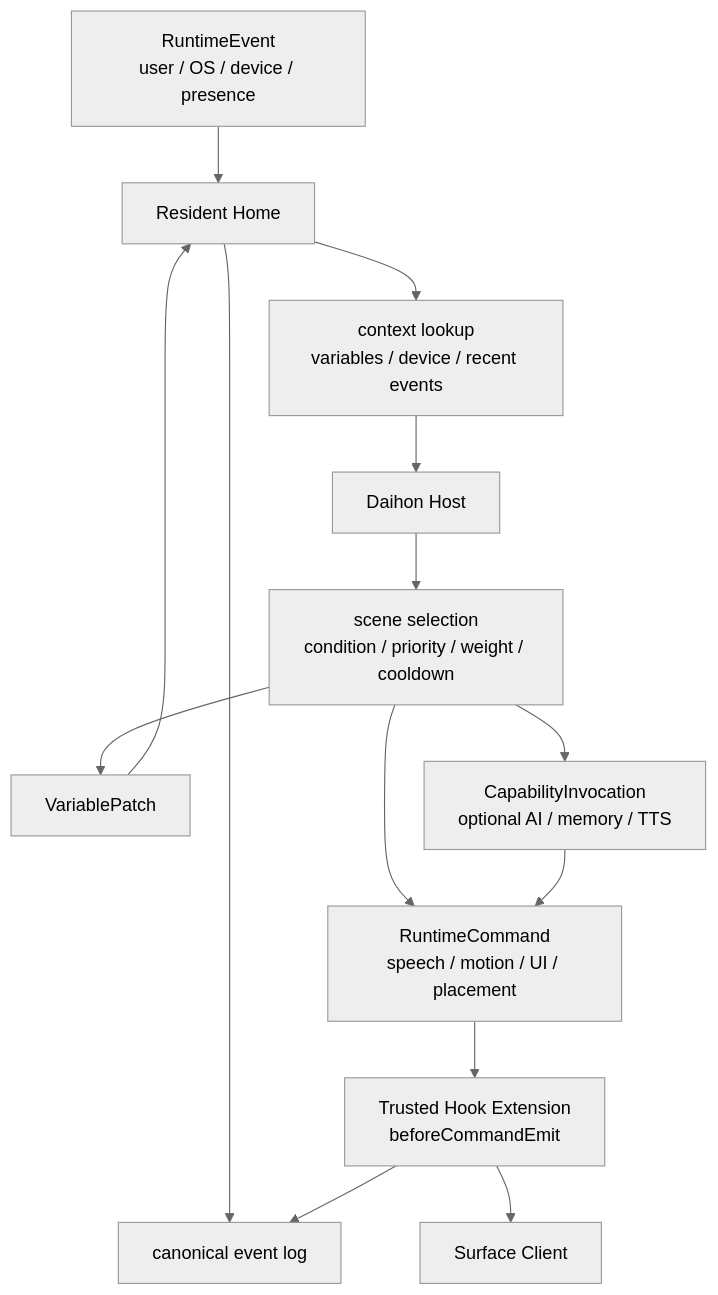
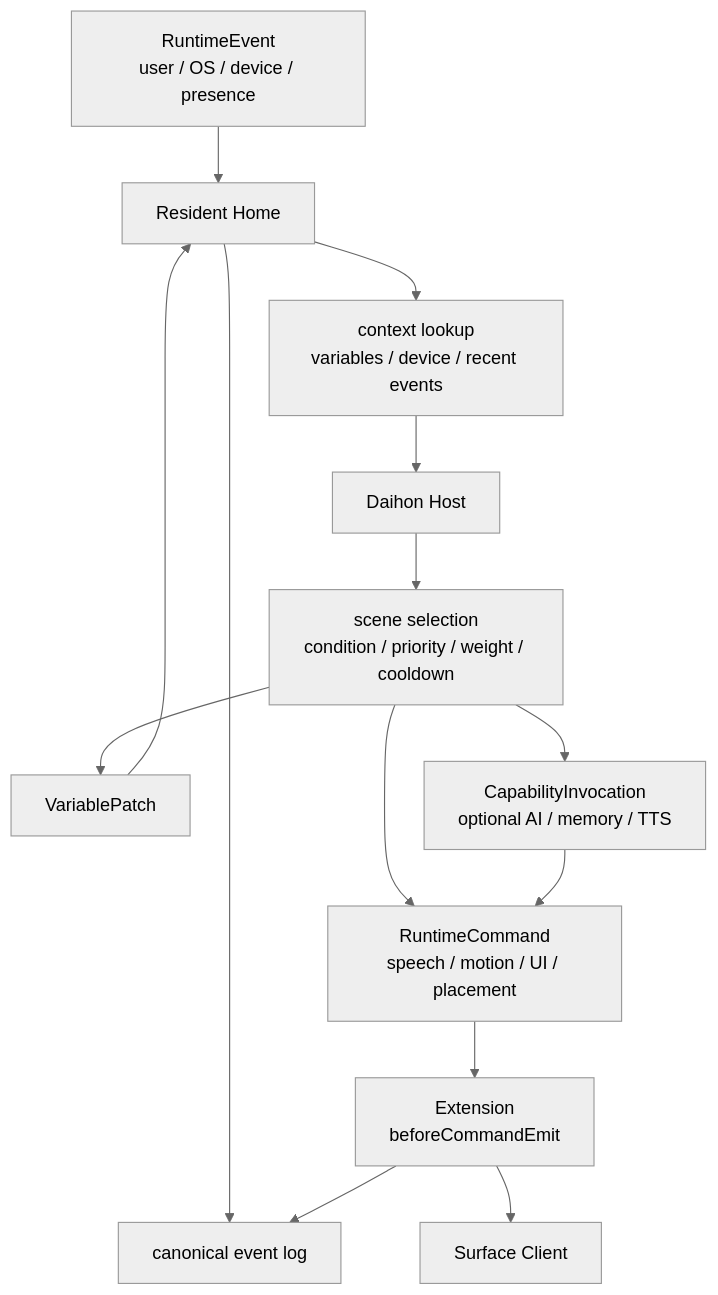
Before and after one commit to minimarimo3/yuukeiV2: the diagram in 05-world-pack-and-daihon.md, drawn with Mermaid (neutral theme). The commit also changed other lines of this file and 39 other files, not shown here.

````diff
--- a/05-world-pack-and-daihon.md
+++ b/05-world-pack-and-daihon.md
@@ -120,16 +120,16 @@
 ```mermaid
 flowchart TB
   Event["RuntimeEvent\nuser / OS / device / presence"] --> Home["Resident Home"]
   Home --> Log["canonical event log"]
   Home --> Context["context lookup\nvariables / device / recent events"]
   Context --> Daihon["Daihon Host"]
   Daihon --> Candidate["scene selection\ncondition / priority / weight / cooldown"]
   Candidate --> Command["RuntimeCommand\nspeech / motion / UI / placement"]
   Candidate --> Patch["VariablePatch"]
   Candidate --> Cap["CapabilityInvocation\noptional AI / memory / TTS"]
   Cap --> Command
-  Command --> Hook["Trusted Hook Extension\nbeforeCommandEmit"]
+  Command --> Hook["Extension\nbeforeCommandEmit"]
   Hook --> Surface["Surface Client"]
   Patch --> Home
   Hook --> Log
 ```
````
